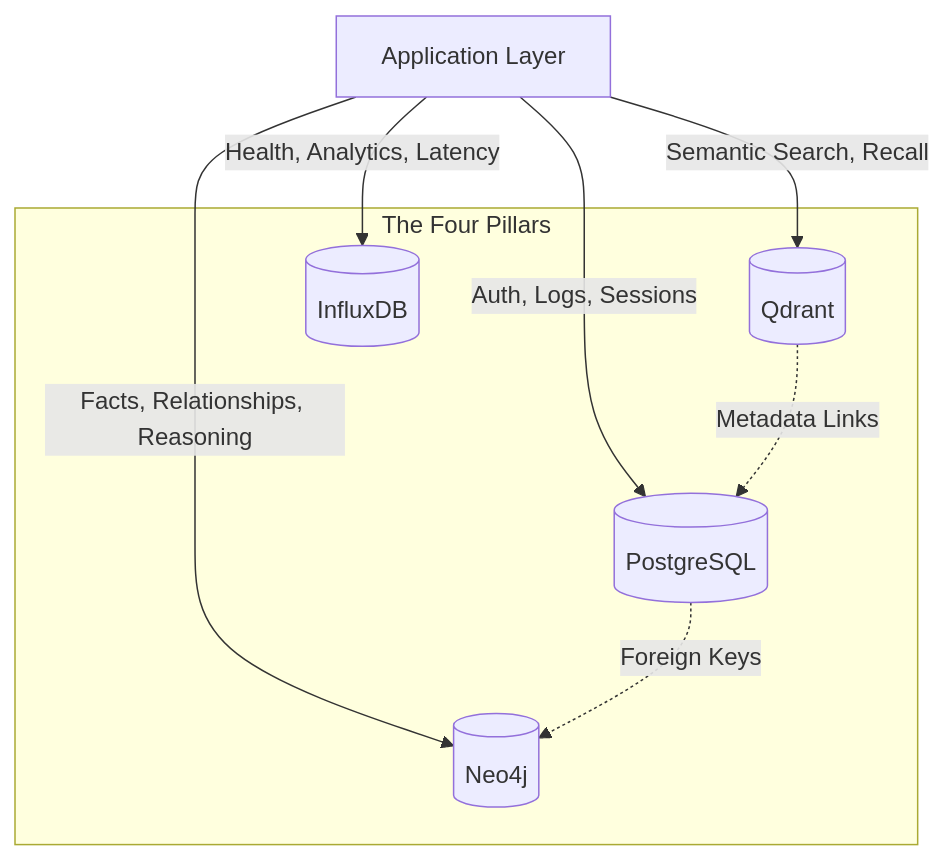
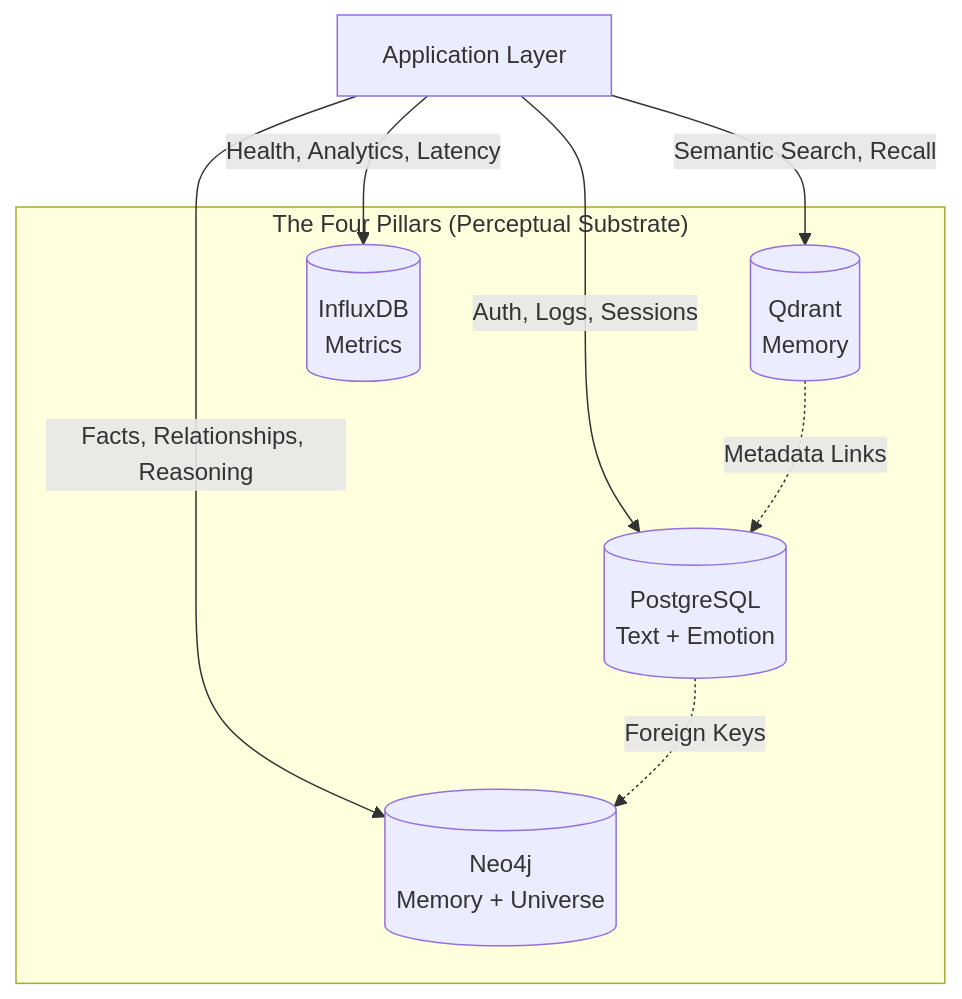
Before and after one commit to whisperengine-ai/whisperengine-v2: the diagram in docs/architecture/DATA_MODELS.md, drawn with Mermaid. The commit also changed other lines of this file and 15 other files, not shown here.

First line of the commit message:
Enhance multi-modal architecture documentation and features

````diff
--- a/docs/architecture/DATA_MODELS.md
+++ b/docs/architecture/DATA_MODELS.md
@@ -18,19 +33,19 @@
 ```mermaid
 graph TD
     App[Application Layer]
     
-    subgraph "The Four Pillars"
-        SQL[(PostgreSQL)]
-        Vector[(Qdrant)]
-        Graph[(Neo4j)]
-        Time[(InfluxDB)]
+    subgraph "The Four Pillars (Perceptual Substrate)"
+        SQL[(PostgreSQL<br/>Text + Emotion)]
+        Vector[(Qdrant<br/>Memory)]
+        Graph[(Neo4j<br/>Memory + Universe)]
+        Time[(InfluxDB<br/>Metrics)]
     end
     
     App -->|Auth, Logs, Sessions| SQL
     App -->|Semantic Search, Recall| Vector
     App -->|Facts, Relationships, Reasoning| Graph
     App -->|Health, Analytics, Latency| Time
     
     SQL -.->|Foreign Keys| Graph
     Vector -.->|Metadata Links| SQL
 ```
````
